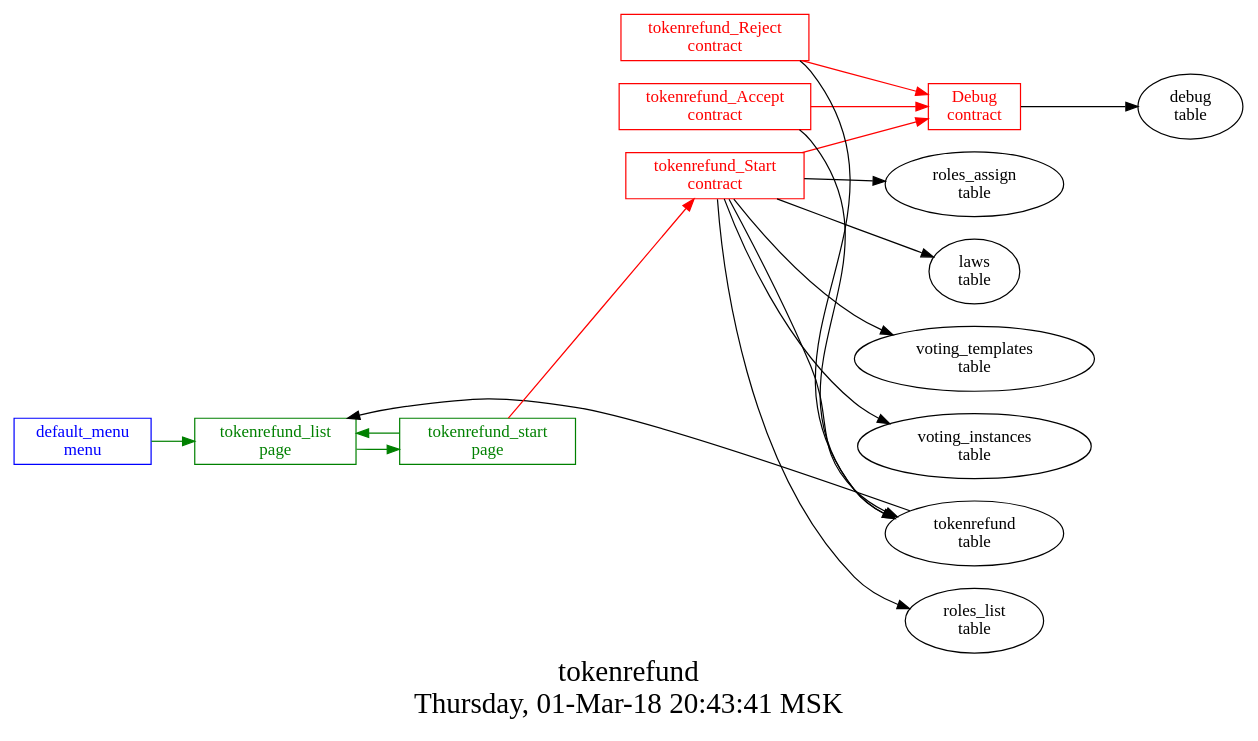
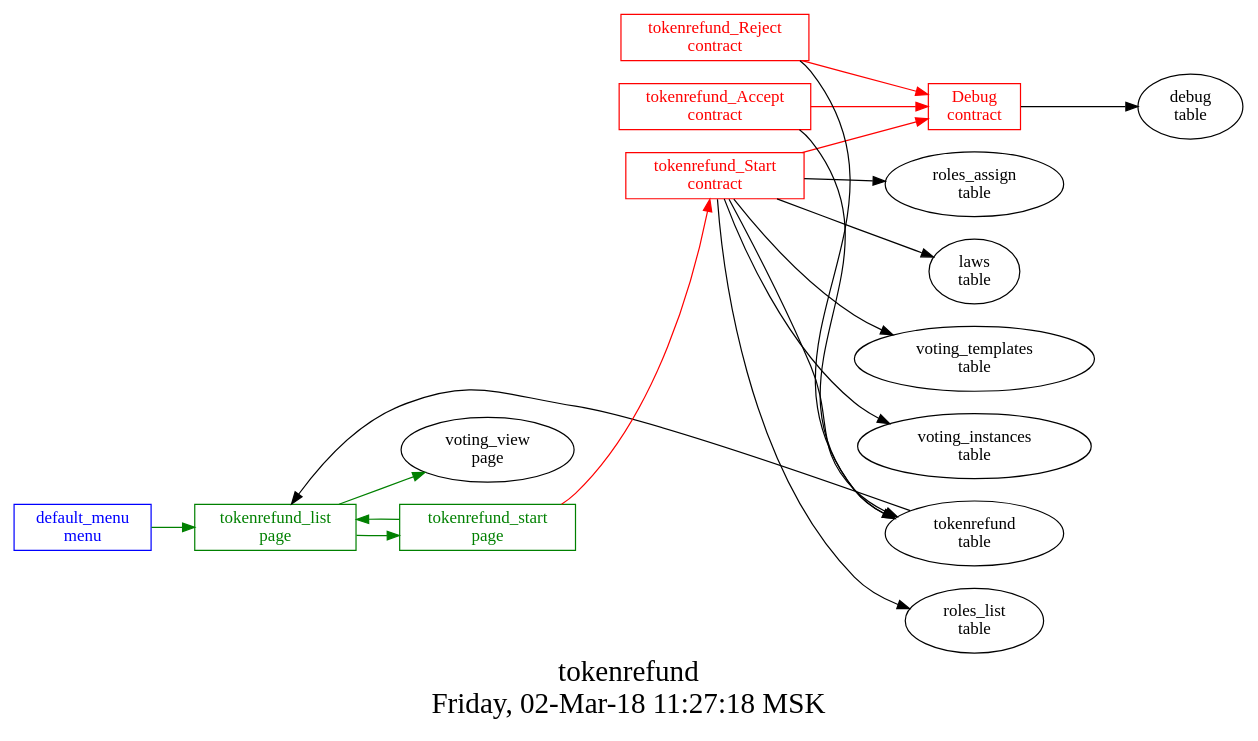
One commit to AplaProject/apps changed the diagram in src/tokenrefund/struct.dot. Above: the diagram before and after it, drawn with Graphviz. The commit also changed 11 other files, not shown here.

```diff
--- a/src/tokenrefund/struct.dot
+++ b/src/tokenrefund/struct.dot
@@ -1,37 +1,38 @@
 digraph G {
 graph [
   fontsize="24";
-  label="tokenrefund\nThursday, 01-Mar-18 20:43:41 MSK";
+  label="tokenrefund\nFriday, 02-Mar-18 11:27:18 MSK";
   nojustify=true;
   ordering=out;
   rankdir=LR;
   size="30";
 ];
 "default_menu\nmenu" -> "tokenrefund_list\npage"  [ color=green ]
 "default_menu\nmenu" [color=blue, fontcolor=blue, group=menus, shape=record];
 "tokenrefund\ntable" -> "tokenrefund_list\npage"  [ color="" ]
+"tokenrefund_list\npage" -> "voting_view\npage"  [ color=green ]
 "tokenrefund_list\npage" -> "tokenrefund_start\npage"  [ color=green ]
 "tokenrefund_list\npage" [color=green, fontcolor=green, group=pages, shape=record];
 "tokenrefund_start\npage" -> "tokenrefund_Start\ncontract"  [ color=red ]
 "tokenrefund_start\npage" -> "tokenrefund_list\npage"  [ color=green ]
 "tokenrefund_start\npage" [color=green, fontcolor=green, group=pages, shape=record];
 "Debug\ncontract" -> "debug\ntable"  [ color="" ]
 "Debug\ncontract" [color=red, fontcolor=red, group=contracts, shape=record];
 "tokenrefund_Accept\ncontract" -> "Debug\ncontract"  [ color=red ]
 "tokenrefund_Accept\ncontract" -> "tokenrefund\ntable"  [ color="" ]
 "tokenrefund_Accept\ncontract" [color=red, fontcolor=red, group=contracts, shape=record];
 "tokenrefund_Reject\ncontract" -> "Debug\ncontract"  [ color=red ]
 "tokenrefund_Reject\ncontract" -> "tokenrefund\ntable"  [ color="" ]
 "tokenrefund_Reject\ncontract" [color=red, fontcolor=red, group=contracts, shape=record];
 "tokenrefund_Start\ncontract" -> "Debug\ncontract"  [ color=red ]
 "tokenrefund_Start\ncontract" -> "roles_assign\ntable"  [ color="" ]
 "tokenrefund_Start\ncontract" -> "laws\ntable"  [ color="" ]
 "tokenrefund_Start\ncontract" -> "voting_templates\ntable"  [ color="" ]
 "tokenrefund_Start\ncontract" -> "voting_instances\ntable"  [ color="" ]
 "tokenrefund_Start\ncontract" -> "tokenrefund\ntable"  [ color="" ]
 "tokenrefund_Start\ncontract" -> "roles_list\ntable"  [ color="" ]
 "tokenrefund_Start\ncontract" [color=red, fontcolor=red, group=contracts, shape=record];
 "debug\ntable" [color="", fontcolor="", group=tables, shape=""];
 "laws\ntable" [color="", fontcolor="", group=tables, shape=""];
 "tokenrefund\ntable" [color="", fontcolor="", group=tables, shape=""];
 }
```
